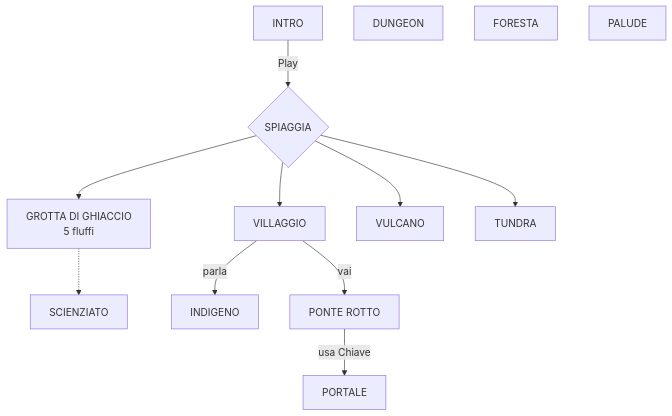
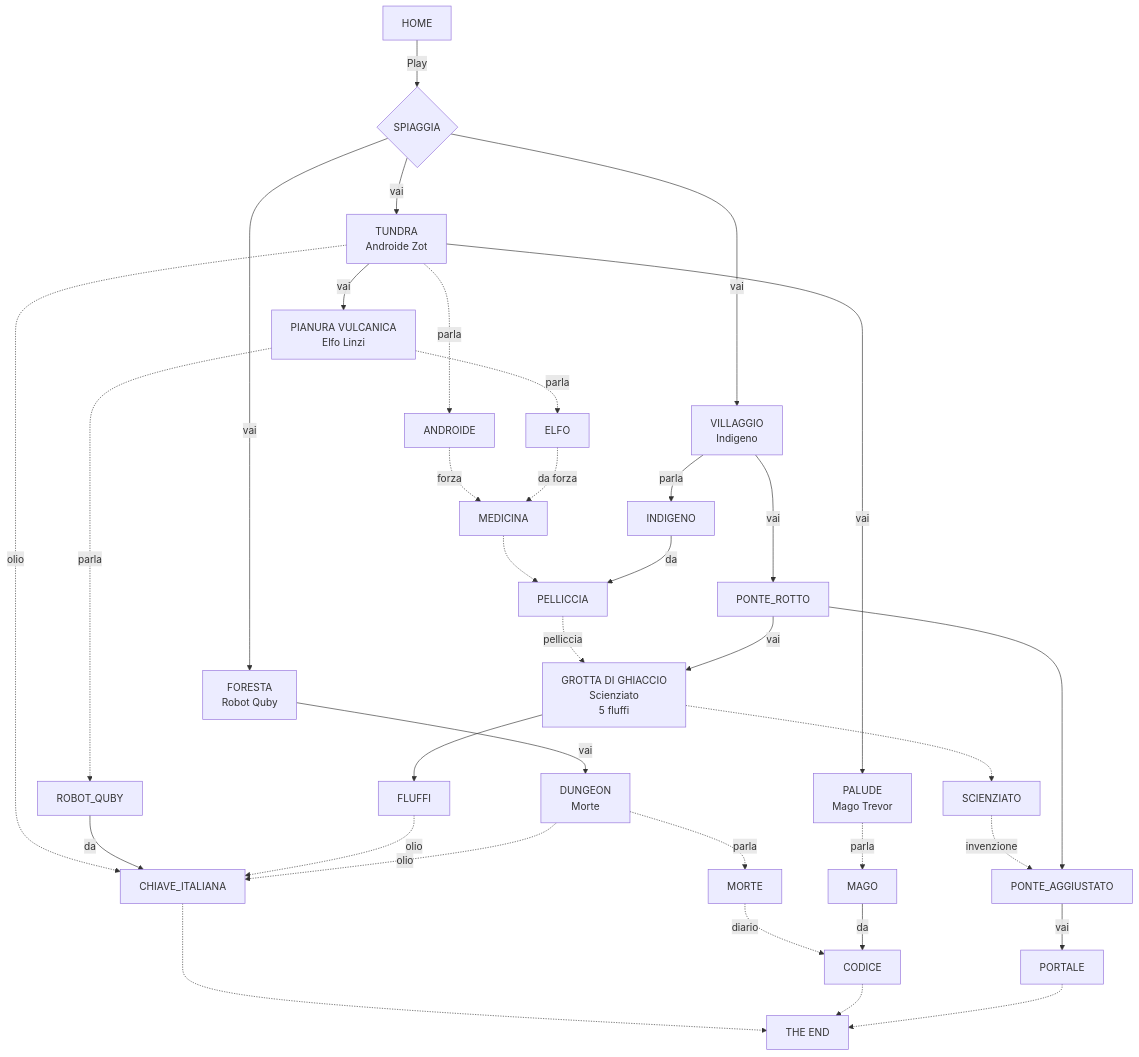
One commit to 2042ed/JAM.7FRAMES changed the diagram in docs/7F_Flow.md. Above: the diagram before and after it, drawn with Mermaid. The commit also changed other lines of this file and 9 other files, not shown here.

Commit message:
docs: app flow

````diff
--- a/docs/7F_Flow.md
+++ b/docs/7F_Flow.md
@@ -41,29 +3,61 @@
 ```mermaid
 graph TD
 
-INTRO
+HOME
 SPIAGGIA{SPIAGGIA}
-GROTTA["GROTTA DI GHIACCIO<br>5 fluffi"]
-VILLAGGIO
-DUNGEON
-FORESTA
-PALUDE
-VULCANO
-TUNDRA
+GROTTA["GROTTA DI GHIACCIO<br>Scienziato<br>5 fluffi"]
+VILLAGGIO["VILLAGGIO<br>Indigeno"]
+DUNGEON["DUNGEON<br>Morte"]
+FORESTA["FORESTA<br>Robot Quby"]
+PALUDE["PALUDE<br>Mago Trevor"]
+PIANURA["PIANURA VULCANICA<br>Elfo Linzi"]
+PONTE_ROTTO
+PONTE_AGGIUSTATO
+TUNDRA["TUNDRA<br>Androide Zot"]
+END["THE END"]
 
-INTRO -->|Play| SPIAGGIA
+HOME -->|Play| SPIAGGIA
 
-SPIAGGIA --> TUNDRA
-SPIAGGIA --> VILLAGGIO
-SPIAGGIA --> VULCANO
-SPIAGGIA --> GROTTA
+SPIAGGIA --> |vai| TUNDRA
+SPIAGGIA --> |vai| FORESTA
+SPIAGGIA --> |vai| VILLAGGIO
+
+TUNDRA --> |vai| PIANURA
+TUNDRA --> |vai| PALUDE
+TUNDRA -.-> |parla| ANDROIDE
+ANDROIDE -.-> |forza| MEDICINA
+TUNDRA  -.-> |olio| CHIAVE_ITALIANA
+
+PIANURA  -.-> |parla| ELFO
+ELFO  -.-> |da forza| MEDICINA
+MEDICINA -.-> PELLICCIA
+FORESTA  --> |vai| DUNGEON
+PIANURA  -.-> |parla| ROBOT_QUBY
+ROBOT_QUBY --> |da| CHIAVE_ITALIANA
 
 GROTTA -.-> SCIENZIATO
+GROTTA --> FLUFFI
+FLUFFI  -.-> |olio| CHIAVE_ITALIANA
+SCIENZIATO -.-> |invenzione| PONTE_AGGIUSTATO
 
 VILLAGGIO --> |parla| INDIGENO
-VILLAGGIO --> |vai| PONTE[PONTE ROTTO]
+VILLAGGIO --> |vai| PONTE_ROTTO
+PELLICCIA -.-> |pelliccia| GROTTA
+INDIGENO --> |da| PELLICCIA
 
+DUNGEON  -.-> |parla| MORTE
+MORTE  -.-> |diario| CODICE
+DUNGEON  -.-> |olio| CHIAVE_ITALIANA
 
+PALUDE  -.-> |parla| MAGO
+MAGO --> |da| CODICE
 
-PONTE --> |usa Chiave| PORTALE
+PONTE_ROTTO --> |vai| GROTTA
+PONTE_ROTTO --> PONTE_AGGIUSTATO
+
+PONTE_AGGIUSTATO --> |vai| PORTALE
+
+CHIAVE_ITALIANA -.-> END
+CODICE -.-> END
+PORTALE -.-> END
 ```
````
